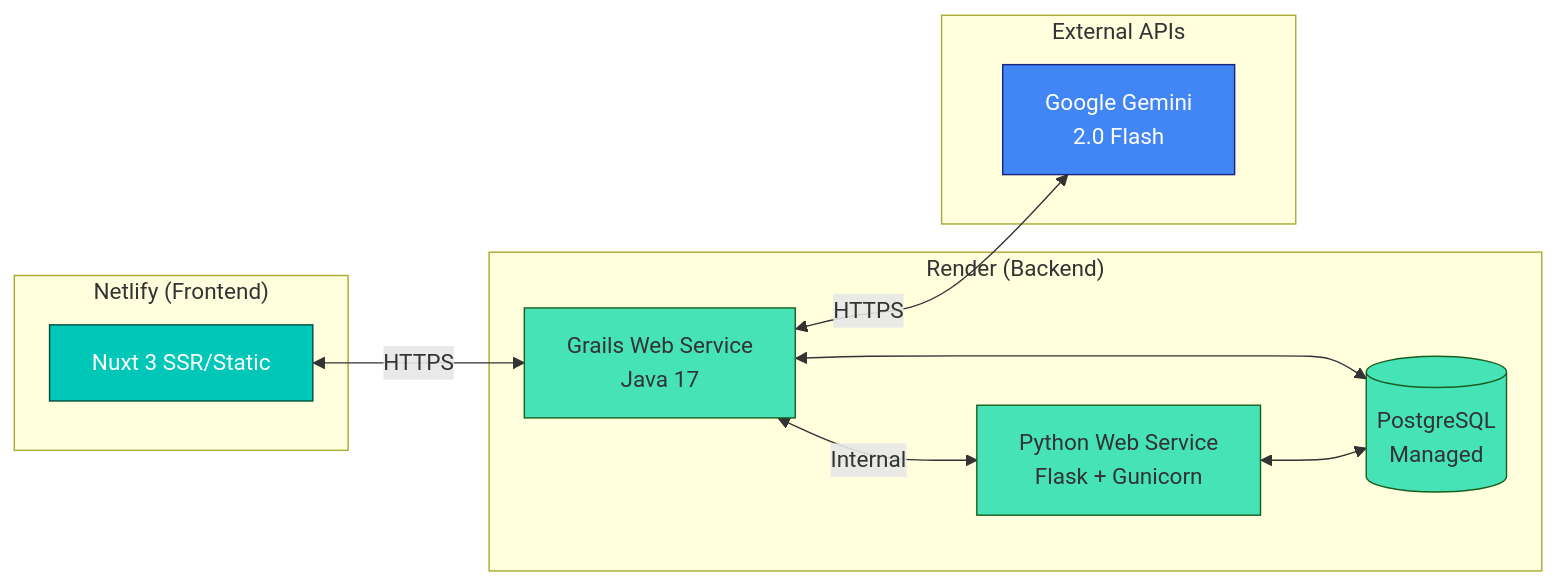
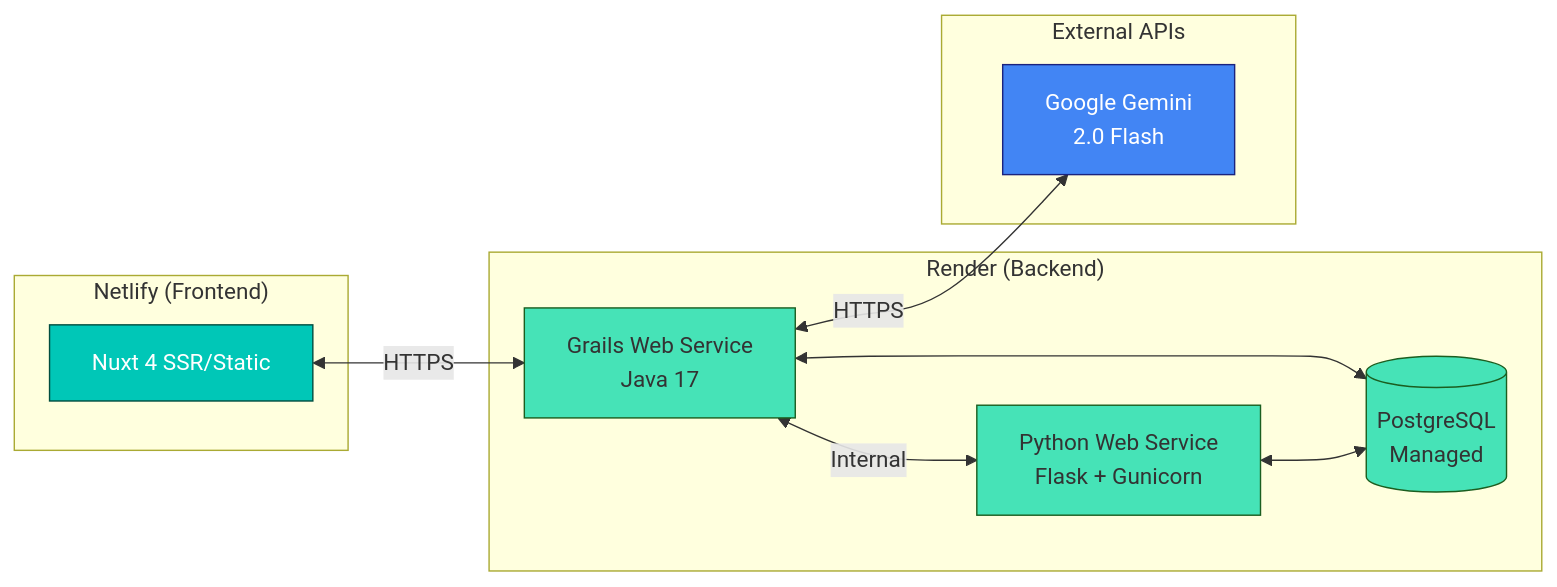
The seventh of 7 diagrams in docs/ARCHITECTURE.md (Bphissles/brand-sentiment-analysis), drawn with Mermaid before and after one commit. The commit also changed other lines of this file and 6 other files, not shown here.

````diff
--- a/docs/ARCHITECTURE.md
+++ b/docs/ARCHITECTURE.md
@@ -262,31 +267,31 @@
 ```mermaid
 flowchart LR
     subgraph Netlify["Netlify (Frontend)"]
-        NUXT[Nuxt 3 SSR/Static]
+        NUXT[Nuxt 4 SSR/Static]
     end
 
     subgraph Render["Render (Backend)"]
         GRAILS[Grails Web Service<br/>Java 17]
         PYTHON[Python Web Service<br/>Flask + Gunicorn]
         PG[(PostgreSQL<br/>Managed)]
     end
 
     subgraph External["External APIs"]
         GEMINI[Google Gemini<br/>2.0 Flash]
     end
 
     NUXT <-->|HTTPS| GRAILS
     GRAILS <-->|Internal| PYTHON
     GRAILS <-->|HTTPS| GEMINI
     GRAILS <--> PG
     PYTHON <--> PG
 
     %% Styling
     classDef netlify fill:#00c7b7,stroke:#004d40,color:#fff
     classDef render fill:#46e3b7,stroke:#1b5e20
     classDef external fill:#4285f4,stroke:#1a237e,color:#fff
 
     class NUXT netlify
     class GRAILS,PYTHON,PG render
     class GEMINI external
 ```
````
